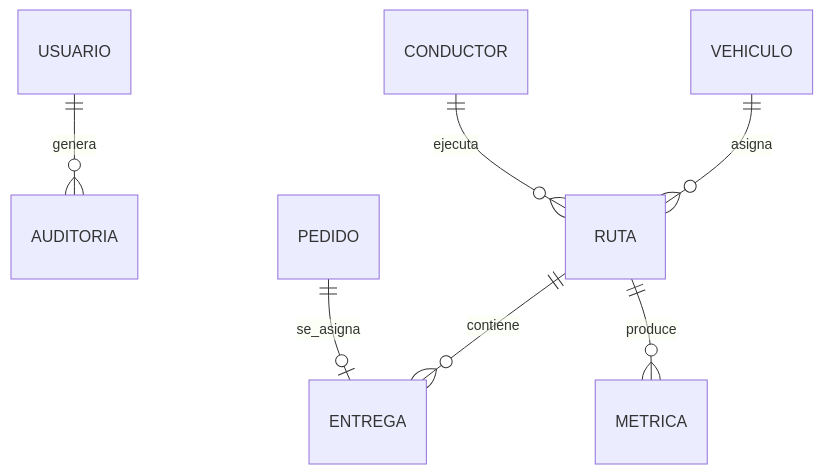
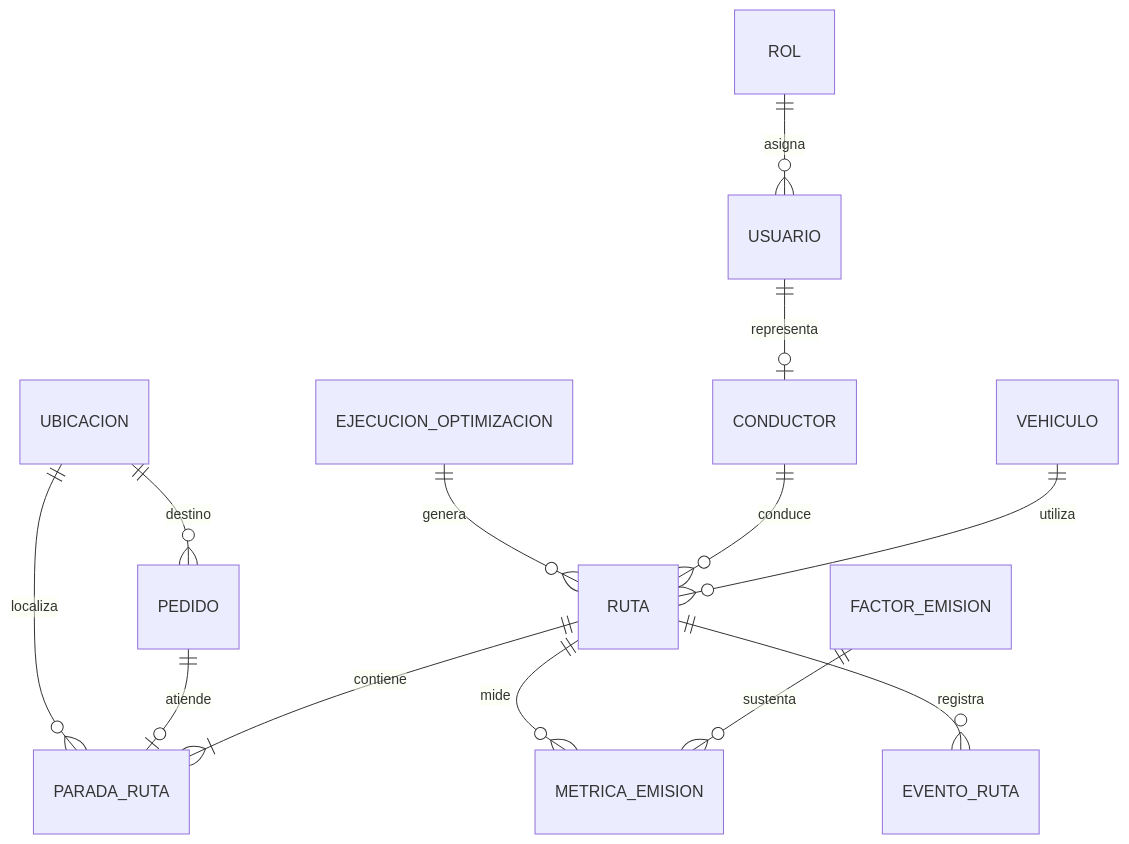
One commit to alexito-dev/EcoLogistica changed the diagram in docs/01 Inicio/11. Base de datos V_1_0_0.md. Above: the diagram before and after it, drawn with Mermaid. The commit also changed other lines of this file and 7 other files, not shown here.

````diff
--- a/docs/01 Inicio/11. Base de datos V_1_0_0.md
+++ b/docs/01 Inicio/11. Base de datos V_1_0_0.md
@@ -7,9 +32,15 @@
 ```mermaid
 erDiagram
-  USUARIO ||--o{ AUDITORIA : genera
-  VEHICULO ||--o{ RUTA : asigna
-  CONDUCTOR ||--o{ RUTA : ejecuta
-  RUTA ||--o{ ENTREGA : contiene
-  PEDIDO ||--o| ENTREGA : se_asigna
-  RUTA ||--o{ METRICA : produce
+    ROL ||--o{ USUARIO : asigna
+    USUARIO ||--o| CONDUCTOR : representa
+    UBICACION ||--o{ PEDIDO : destino
+    VEHICULO ||--o{ RUTA : utiliza
+    CONDUCTOR ||--o{ RUTA : conduce
+    EJECUCION_OPTIMIZACION ||--o{ RUTA : genera
+    RUTA ||--|{ PARADA_RUTA : contiene
+    PEDIDO ||--o| PARADA_RUTA : atiende
+    UBICACION ||--o{ PARADA_RUTA : localiza
+    FACTOR_EMISION ||--o{ METRICA_EMISION : sustenta
+    RUTA ||--o{ METRICA_EMISION : mide
+    RUTA ||--o{ EVENTO_RUTA : registra
 ```
````
